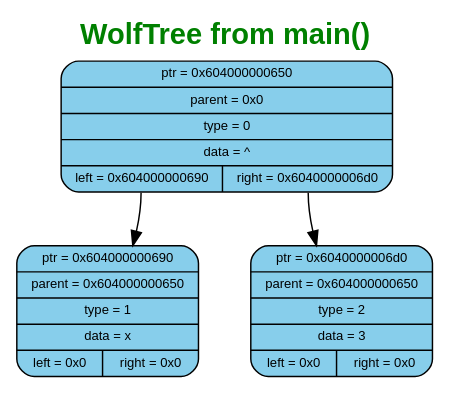
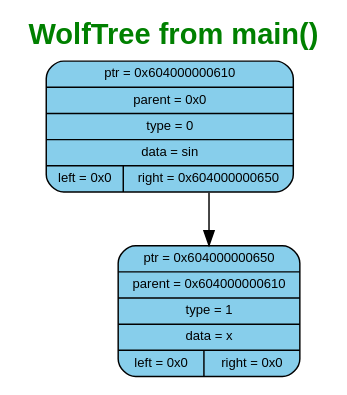
Before and after one commit to murugov/WolframSigma: the diagram in WOLFRAM_SIGMA/ReportFiles/graphs/graph0/wolf.dot, drawn with Graphviz. The commit also changed 25 other files, not shown here.

```diff
--- a/WOLFRAM_SIGMA/ReportFiles/graphs/graph0/wolf.dot
+++ b/WOLFRAM_SIGMA/ReportFiles/graphs/graph0/wolf.dot
@@ -1,19 +1,17 @@
 digraph G {
 	label=<<B>WolfTree from main()</B>>;
 	fontcolor="#008000";
 	fontname="Arial";
 	labelloc="top";
 	labeljust="center";
 	fontsize=20;
 	rankdir=TB;
 	center=true;
 	nodesep=0.5;
 	ranksep=0.5;
 	node[fontsize=9, shape=box, width=0.7, height=0.4, style="filled, rounded", fontname="Arial"];
 
-	n0 [shape=record, label="{ptr = 0x604000000650 | parent = 0x0 | type = 0 | data = ^ | {<left> left = 0x604000000690 | <right> right = 0x6040000006d0}}", fillcolor="#87CEEB", color="black"]
-	n1 [shape=record, label="{ptr = 0x604000000690 | parent = 0x604000000650 | type = 1 | data = x | {<left> left = 0x0 | <right> right = 0x0}}", fillcolor="#87CEEB", color="black"]
-	n0:left -> n1
-	n2 [shape=record, label="{ptr = 0x6040000006d0 | parent = 0x604000000650 | type = 2 | data = 3 | {<left> left = 0x0 | <right> right = 0x0}}", fillcolor="#87CEEB", color="black"]
-	n0:right -> n2
+	n0 [shape=record, label="{ptr = 0x604000000610 | parent = 0x0 | type = 0 | data = sin | {<left> left = 0x0 | <right> right = 0x604000000650}}", fillcolor="#87CEEB", color="black"]
+	n1 [shape=record, label="{ptr = 0x604000000650 | parent = 0x604000000610 | type = 1 | data = x | {<left> left = 0x0 | <right> right = 0x0}}", fillcolor="#87CEEB", color="black"]
+	n0:right -> n1
 }
```
